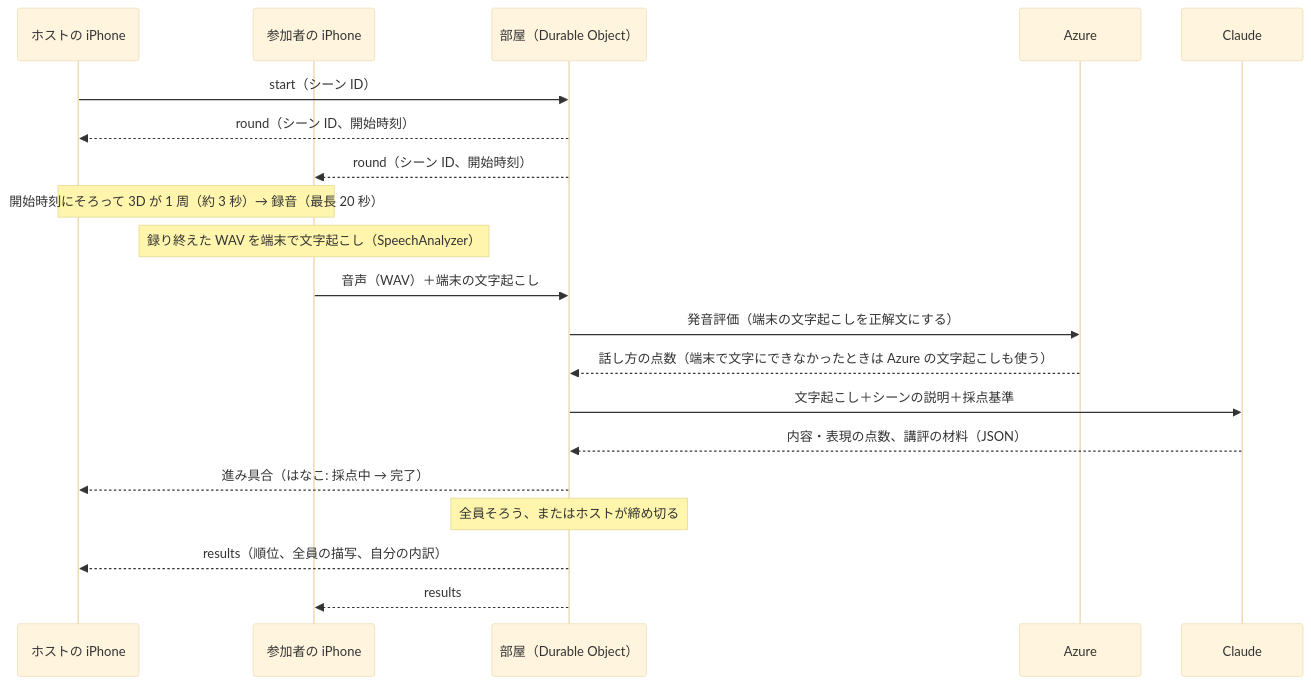
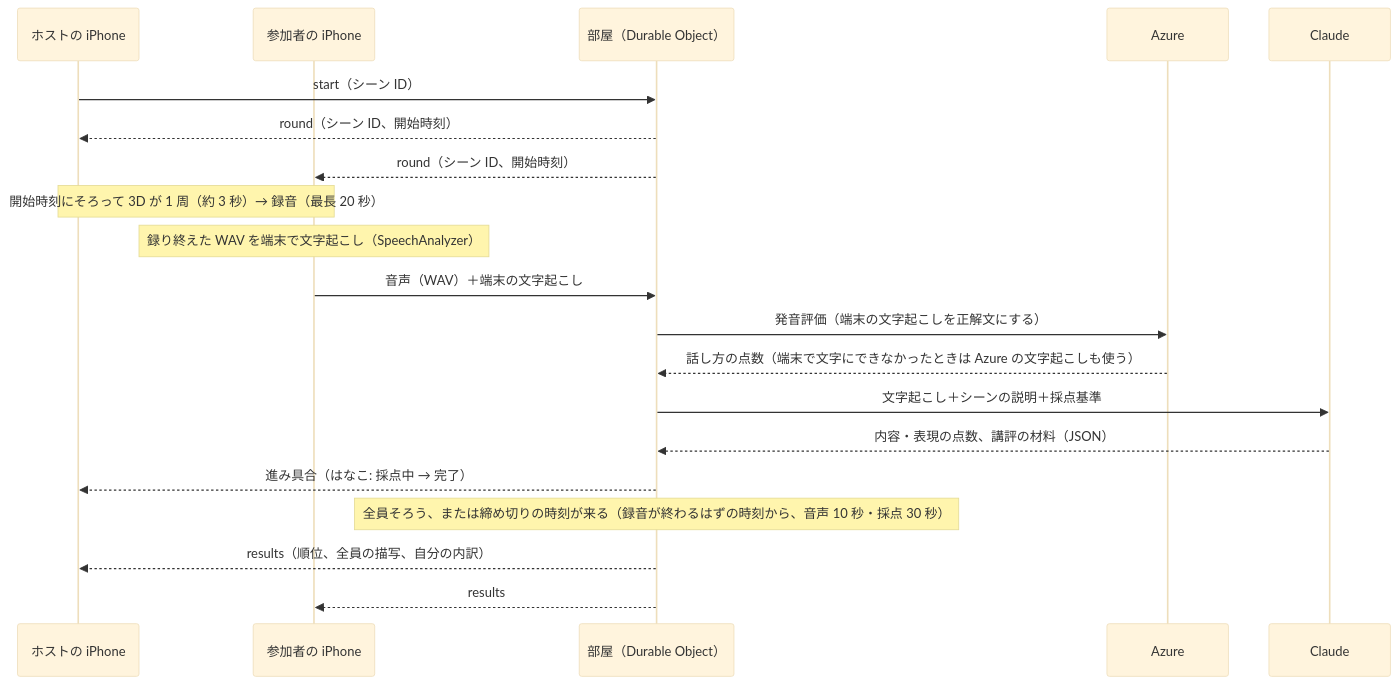
One commit to jphacks/ng_2622 changed the second of 2 diagrams in docs/design/architecture.md. Above: the diagram before and after it, drawn with Mermaid (base theme). The commit also changed other lines of this file and 10 other files, not shown here.

````diff
--- a/docs/design/architecture.md
+++ b/docs/design/architecture.md
@@ -34,22 +34,22 @@
 ```mermaid
 sequenceDiagram
   participant H as ホストの iPhone
   participant P as 参加者の iPhone
   participant R as 部屋（Durable Object）
   participant Az as Azure
   participant Cl as Claude
   H->>R: start（シーン ID）
   R-->>H: round（シーン ID、開始時刻）
   R-->>P: round（シーン ID、開始時刻）
   Note over H,P: 開始時刻にそろって 3D が 1 周（約 3 秒）→ 録音（最長 20 秒）
   Note over P: 録り終えた WAV を端末で文字起こし（SpeechAnalyzer）
   P->>R: 音声（WAV）＋端末の文字起こし
   R->>Az: 発音評価（端末の文字起こしを正解文にする）
   Az-->>R: 話し方の点数（端末で文字にできなかったときは Azure の文字起こしも使う）
   R->>Cl: 文字起こし＋シーンの説明＋採点基準
   Cl-->>R: 内容・表現の点数、講評の材料（JSON）
   R-->>H: 進み具合（はなこ: 採点中 → 完了）
-  Note over R: 全員そろう、またはホストが締め切る
+  Note over R: 全員そろう、または締め切りの時刻が来る（録音が終わるはずの時刻から、音声 10 秒・採点 30 秒）
   R-->>H: results（順位、全員の描写、自分の内訳）
   R-->>P: results
 ```
````
